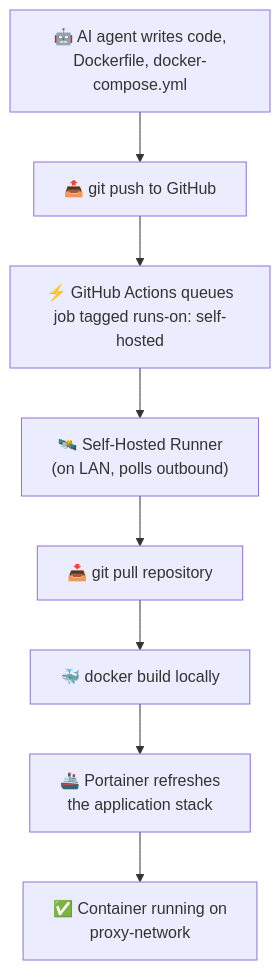
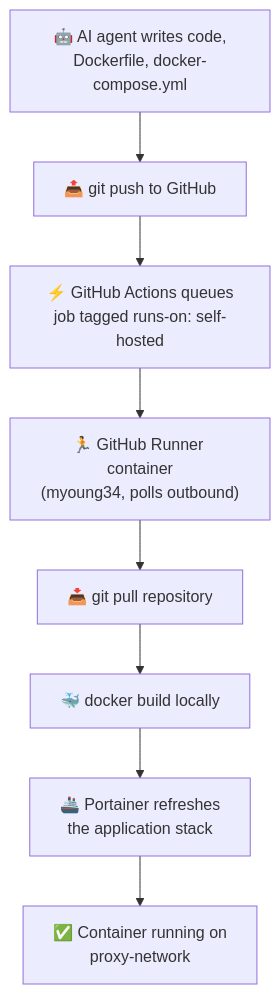
The third of 4 diagrams in README.md (fire3san/homelabpipeline), drawn with Mermaid before and after one commit. The commit also changed other lines of this file and 6 other files, not shown here.

First line of the commit message:
Add deployment guide, Docker-based GitHub runner, and homelabdeploy template

````diff
--- a/README.md
+++ b/README.md
@@ -148,10 +156,10 @@
 ```mermaid
 flowchart TD
     A["🤖 AI agent writes code,<br/>Dockerfile, docker-compose.yml"] --> B["📤 git push to GitHub"]
     B --> C["⚡ GitHub Actions queues<br/>job tagged runs-on: self-hosted"]
-    C --> D["🛰️ Self-Hosted Runner<br/>(on LAN, polls outbound)"]
+    C --> D["🏃 GitHub Runner container<br/>(myoung34, polls outbound)"]
     D --> E["📥 git pull repository"]
     E --> F["🐳 docker build locally"]
     F --> G["🚢 Portainer refreshes<br/>the application stack"]
     G --> H["✅ Container running on<br/>proxy-network"]
 ```
````
